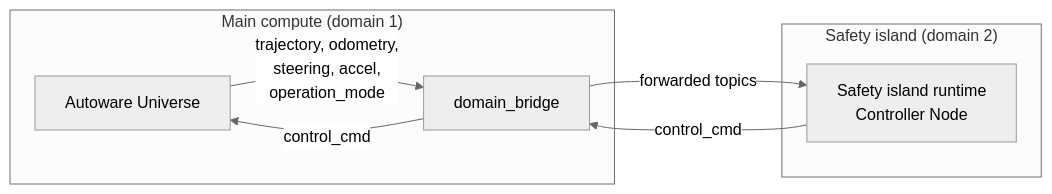
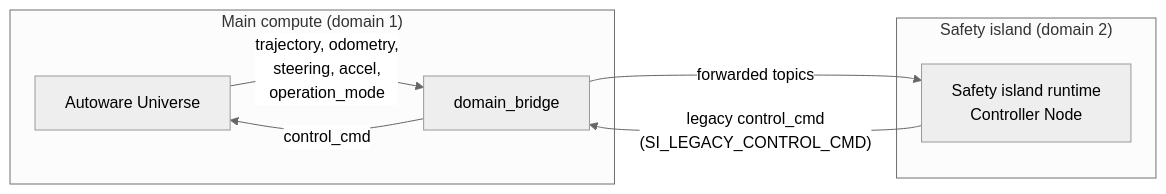
Before and after one commit to autowarefoundation/autoware-safety-island: the diagram in documentation/design/architecture.rst, drawn with Mermaid (neutral theme). The commit also changed other lines of this file and 22 other files, not shown here.

```diff
--- a/documentation/design/architecture.rst
+++ b/documentation/design/architecture.rst
@@ -31,16 +31,16 @@
 .. mermaid::
 
    graph LR
        subgraph "Main compute (domain 1)"
            Autoware[Autoware Universe]
            Bridge[domain_bridge]
        end
 
         subgraph "Safety island (domain 2)"
             Firmware[Safety island runtime<br/>Controller Node]
         end
 
        Autoware -- trajectory, odometry,<br/>steering, accel,<br/>operation_mode --> Bridge
        Bridge -- forwarded topics --> Firmware
-       Firmware -- control_cmd --> Bridge
+       Firmware -- legacy control_cmd<br/>(SI_LEGACY_CONTROL_CMD) --> Bridge
        Bridge -- control_cmd --> Autoware
```
